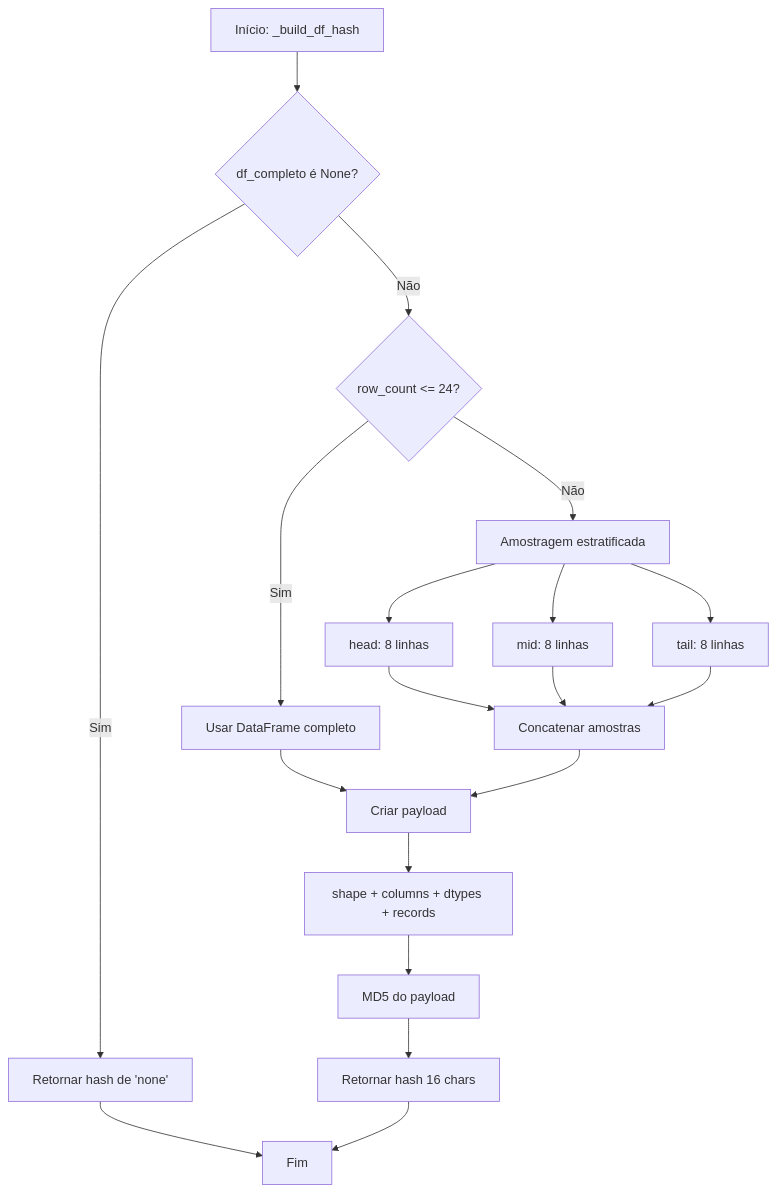
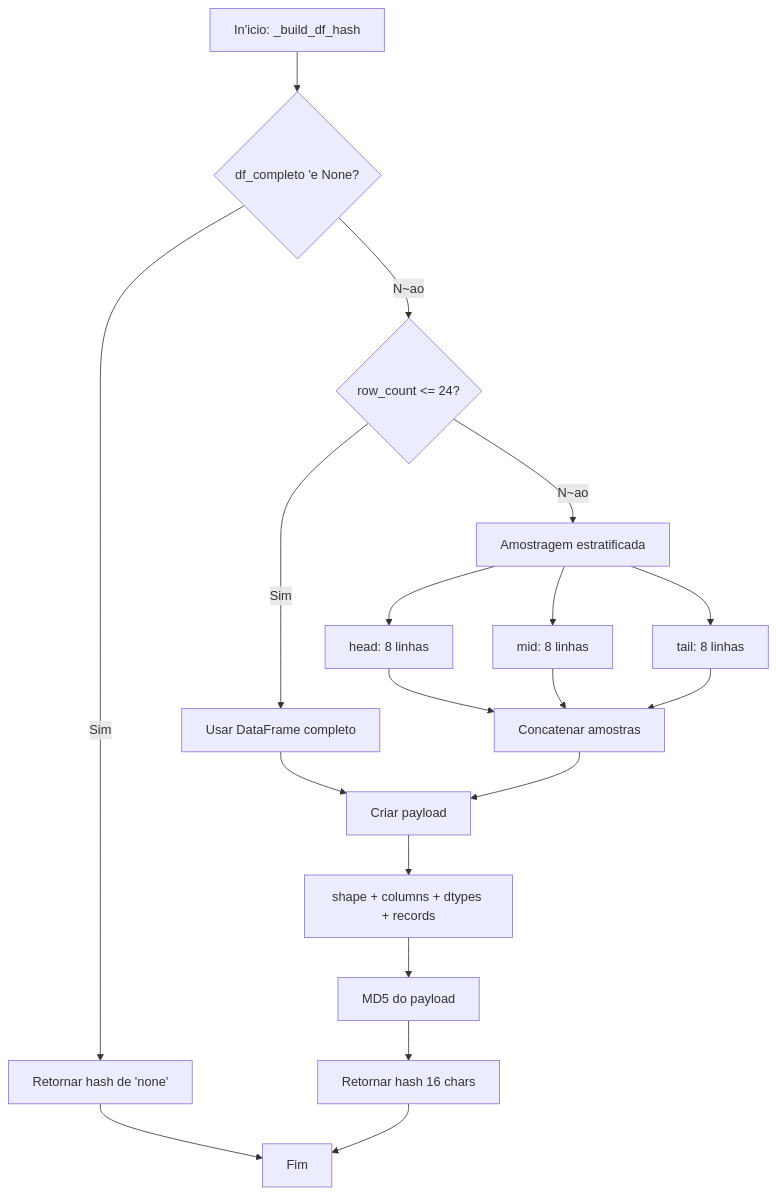
One commit to mauriciomenon/SSA_Consulta_Rapida changed the third of 11 diagrams in docs/WORKERS_ARCHITECTURE_DIAGRAMS.md. Above: the diagram before and after it, drawn with Mermaid. The commit also changed other lines of this file and 20 other files, not shown here.

````diff
--- a/docs/WORKERS_ARCHITECTURE_DIAGRAMS.md
+++ b/docs/WORKERS_ARCHITECTURE_DIAGRAMS.md
@@ -112,21 +112,21 @@
 ```mermaid
 flowchart TD
-    A[Início: _build_df_hash] --> B{df_completo é None?}
+    A[In'icio: _build_df_hash] --> B{df_completo 'e None?}
     B -->|Sim| C[Retornar hash de 'none']
-    B -->|Não| D{row_count <= 24?}
+    B -->|N~ao| D{row_count <= 24?}
     D -->|Sim| E[Usar DataFrame completo]
-    D -->|Não| F[Amostragem estratificada]
+    D -->|N~ao| F[Amostragem estratificada]
     F --> G[head: 8 linhas]
     F --> H[mid: 8 linhas]
     F --> I[tail: 8 linhas]
     G --> J[Concatenar amostras]
     H --> J
     I --> J
     E --> K[Criar payload]
     J --> K
     K --> L[shape + columns + dtypes + records]
     L --> M[MD5 do payload]
     M --> N[Retornar hash 16 chars]
     C --> O[Fim]
     N --> O
 ```
````
